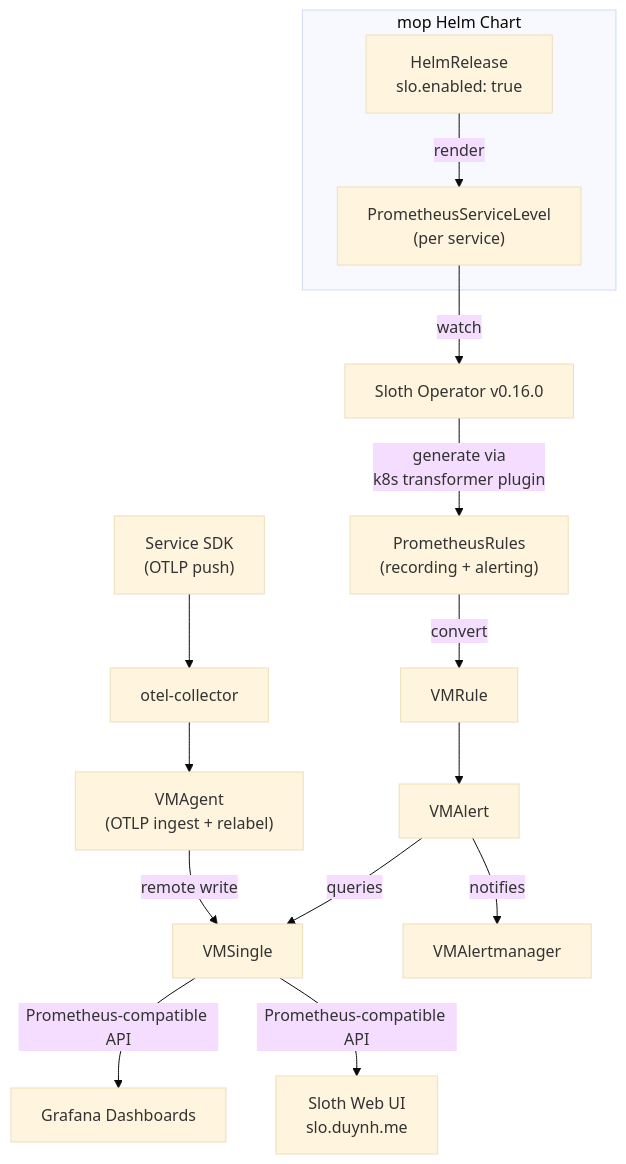
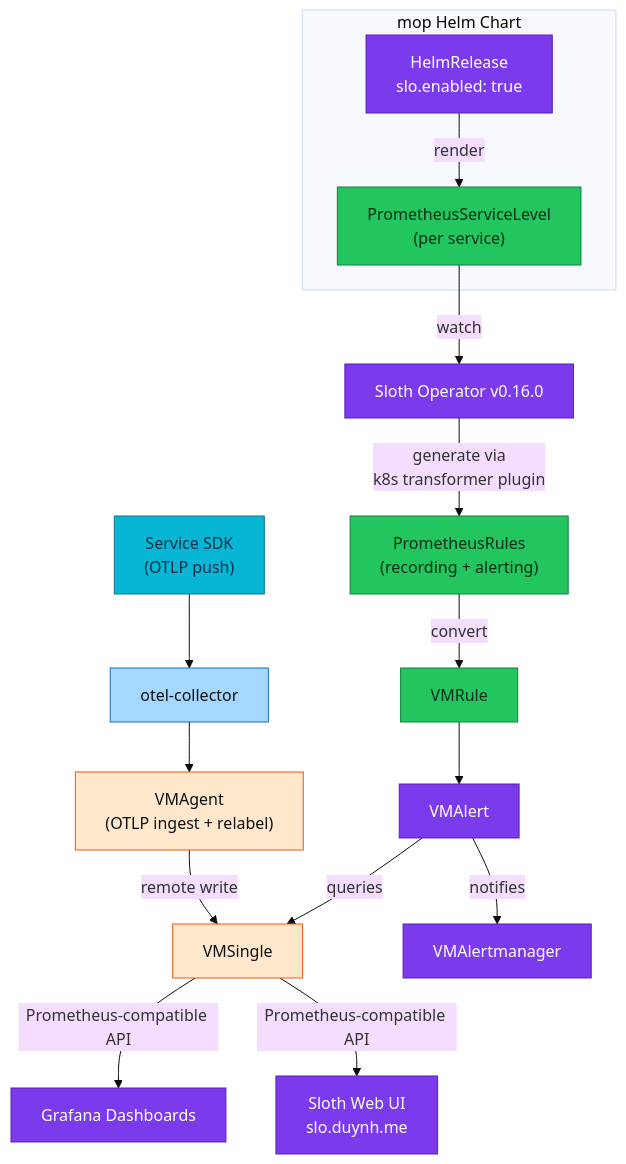
Before and after one commit to duynhlab/homelab: the diagram in docs/observability/slo/README.md, drawn with Mermaid (base theme). The commit also changed other lines of this file and 33 other files, not shown here.

First line of the commit message:
Refresh observability diagrams (#516)

````diff
--- a/docs/observability/slo/README.md
+++ b/docs/observability/slo/README.md
@@ -21,19 +21,29 @@
 ```mermaid
 flowchart TD
     subgraph helmChart ["mop Helm Chart"]
         HR["HelmRelease<br/>slo.enabled: true"] -->|render| PSL["PrometheusServiceLevel<br/>(per service)"]
     end
 
     PSL -->|watch| Sloth["Sloth Operator v0.16.0"]
     Sloth -->|generate via<br/>k8s transformer plugin| PR["PrometheusRules<br/>(recording + alerting)"]
     PR -->|convert| VMR["VMRule"]
     VMR --> VMA["VMAlert"]
     VMA -->|queries| VMS["VMSingle"]
     VMA -->|notifies| VMAM["VMAlertmanager"]
     VMS -->|Prometheus-compatible API| Grafana["Grafana Dashboards"]
     VMS -->|Prometheus-compatible API| SlothUI["Sloth Web UI<br/>slo.duynh.me"]
 
     App["Service SDK<br/>(OTLP push)"] --> OC["otel-collector"]
     OC --> VMAgent["VMAgent<br/>(OTLP ingest + relabel)"]
     VMAgent -->|remote write| VMS
+    classDef service fill:#06b6d4,color:#082f49,stroke:#0e7490;
+    classDef data fill:#22c55e,color:#052e16,stroke:#15803d;
+    classDef metric fill:#ffe8cc,color:#111,stroke:#e8590c;
+    classDef collector fill:#a5d8ff,color:#111,stroke:#1971c2;
+    classDef platform fill:#7c3aed,color:#fff,stroke:#5b21b6;
+    class App service;
+    class OC collector;
+    class PSL,PR,VMR data;
+    class VMS,VMAgent metric;
+    class HR,Sloth,VMA,VMAM,Grafana,SlothUI platform;
 ```
````
